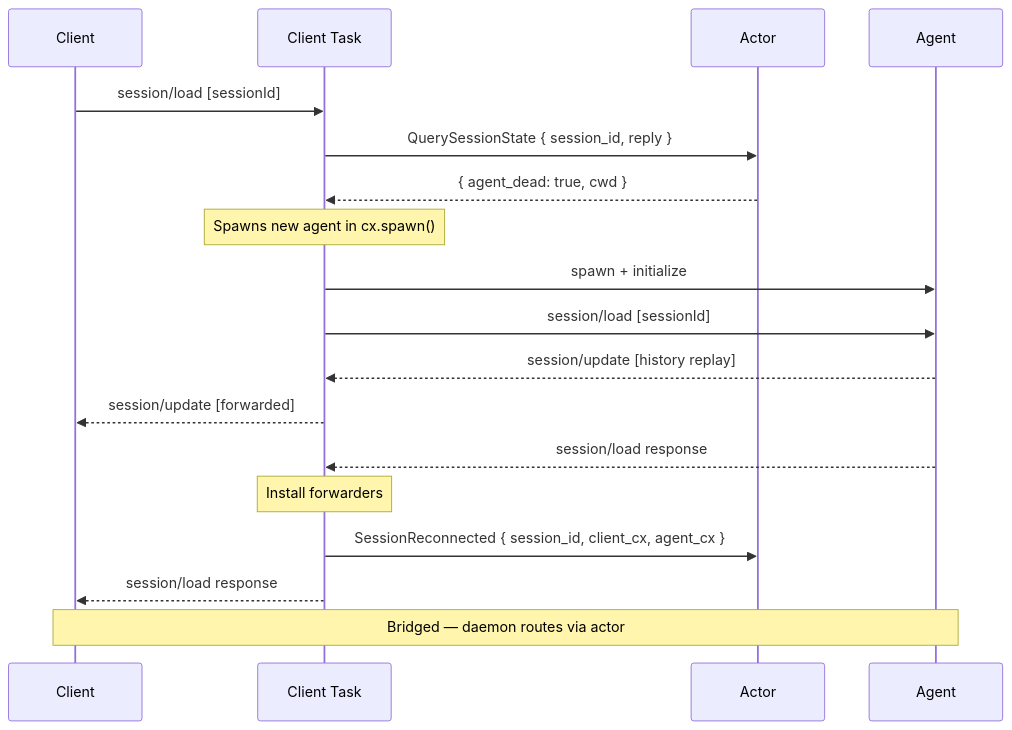
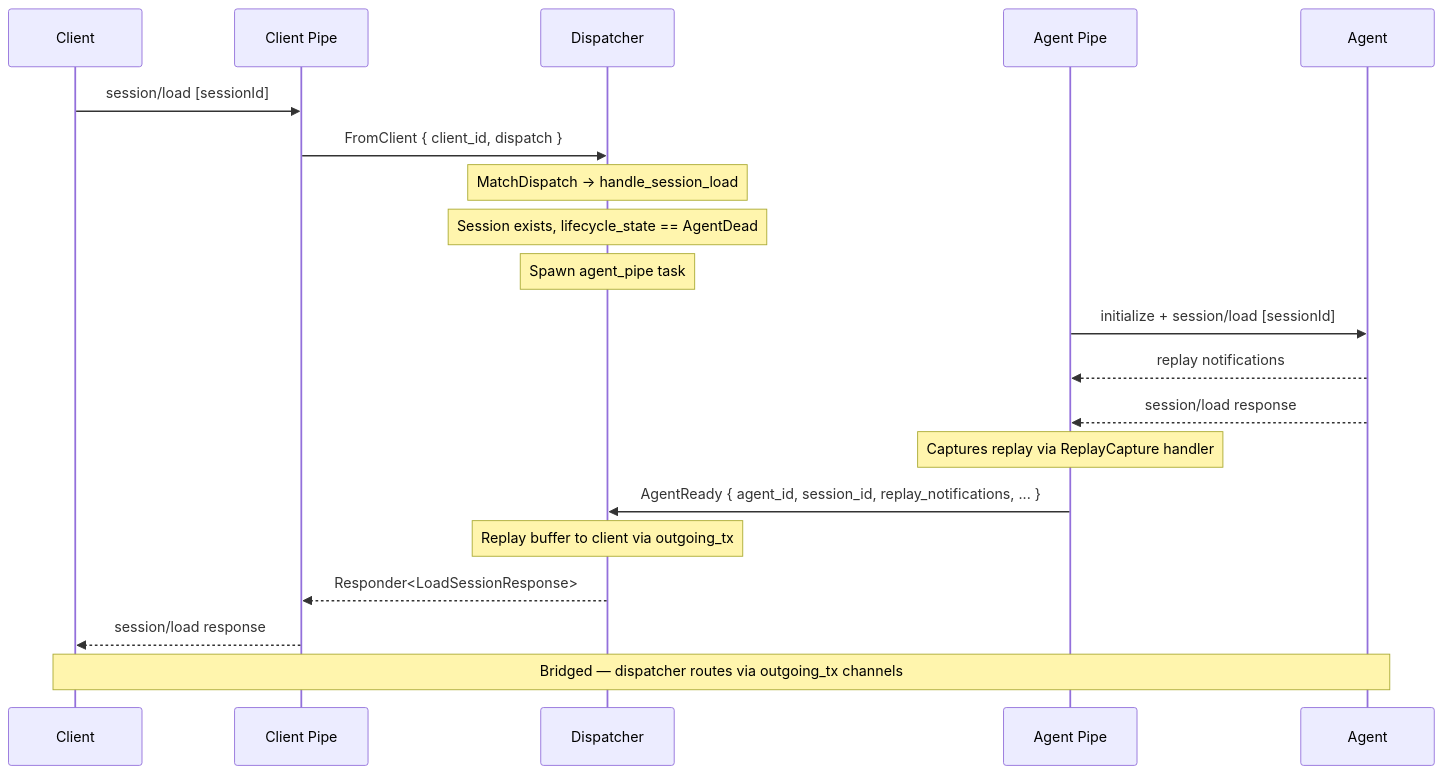
The first of 3 diagrams in md/design/flow-reconnect.md (sparkle-ai-space/jamsession), drawn with Mermaid before and after one commit. The commit also changed other lines of this file and 9 other files, not shown here.

First line of the commit message:
docs: rewrite design docs to match dispatcher refactor

````diff
--- a/md/design/flow-reconnect.md
+++ b/md/design/flow-reconnect.md
@@ -14,22 +14,25 @@
 ```mermaid
 sequenceDiagram
     participant C as Client
-    participant CT as Client Task
-    participant A as Actor
+    participant CP as Client Pipe
+    participant D as Dispatcher
+    participant AP as Agent Pipe
     participant Ag as Agent
 
-    C->>CT: session/load [sessionId]
-    CT->>A: QuerySessionState { session_id, reply }
-    A-->>CT: { agent_dead: true, cwd }
-    Note over CT: Spawns new agent in cx.spawn()
-    CT->>Ag: spawn + initialize
-    CT->>Ag: session/load [sessionId]
-    Ag-->>CT: session/update [history replay]
-    CT-->>C: session/update [forwarded]
-    Ag-->>CT: session/load response
-    Note over CT: Install forwarders
-    CT->>A: SessionReconnected { session_id, client_cx, agent_cx }
-    CT-->>C: session/load response
+    C->>CP: session/load [sessionId]
+    CP->>D: FromClient { client_id, dispatch }
+    Note over D: MatchDispatch → handle_session_load
+    Note over D: Session exists, lifecycle_state == AgentDead
+    Note over D: Spawn agent_pipe task
 
-    Note over C,Ag: Bridged — daemon routes via actor
+    AP->>Ag: initialize + session/load [sessionId]
+    Ag-->>AP: replay notifications
+    Ag-->>AP: session/load response
+    Note over AP: Captures replay via ReplayCapture handler
+    AP->>D: AgentReady { agent_id, session_id, replay_notifications, ... }
+    Note over D: Replay buffer to client via outgoing_tx
+    D-->>CP: Responder<LoadSessionResponse>
+    CP-->>C: session/load response
+
+    Note over C,Ag: Bridged — dispatcher routes via outgoing_tx channels
 ```
````
